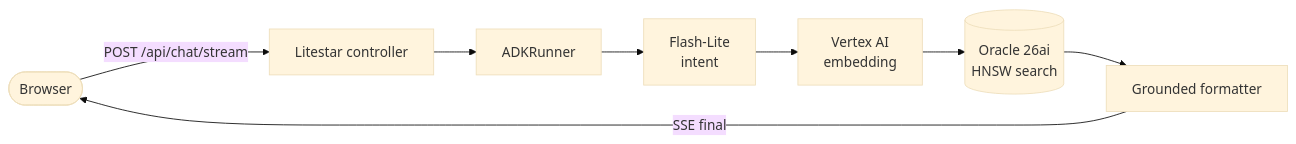
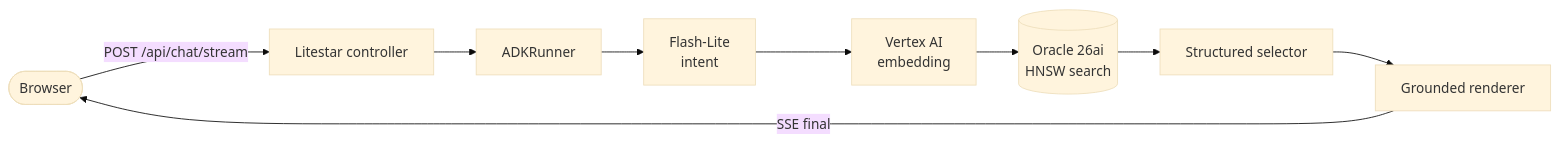
Before and after one commit to cofin/oracledb-vertexai-demo: the first of 5 diagrams in docs/tour.md, drawn with Mermaid (base theme). The commit also changed other lines of this file and 287 other files, not shown here.

````diff
--- a/docs/tour.md
+++ b/docs/tour.md
@@ -27,10 +28,11 @@
 ```{mermaid}
 flowchart LR
     B([Browser]) -->|POST /api/chat/stream| C[Litestar controller]
     C --> R[ADKRunner]
     R --> I[Flash-Lite<br/>intent]
     I --> V[Vertex AI<br/>embedding]
     V --> O[(Oracle 26ai<br/>HNSW search)]
-    O --> F[Grounded formatter]
+    O --> S[Structured selector]
+    S --> F[Grounded renderer]
     F -->|SSE final| B
 ```
````
